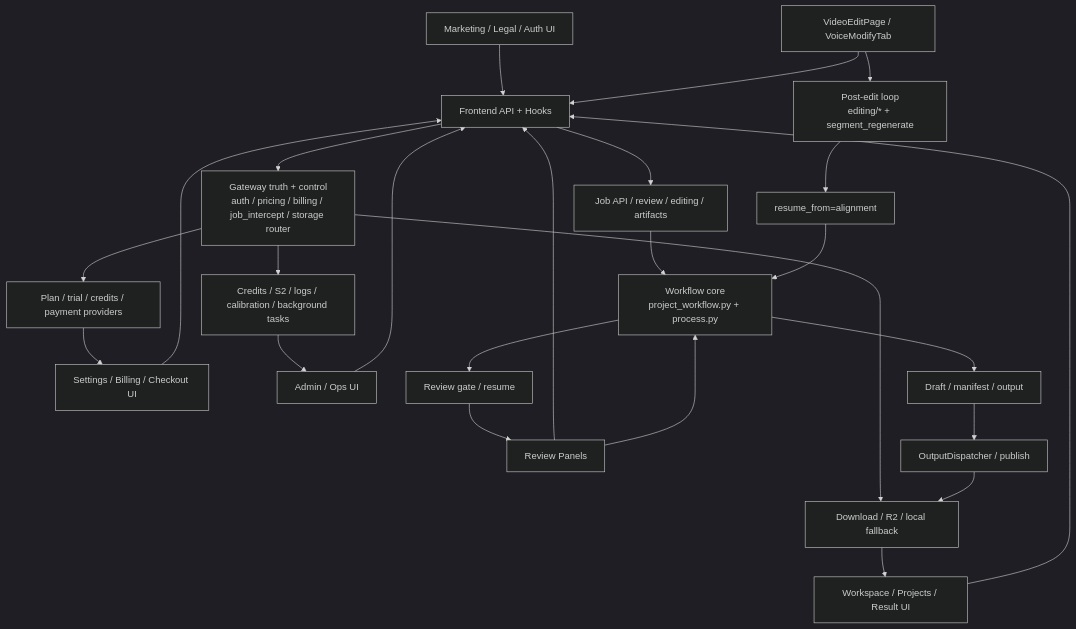
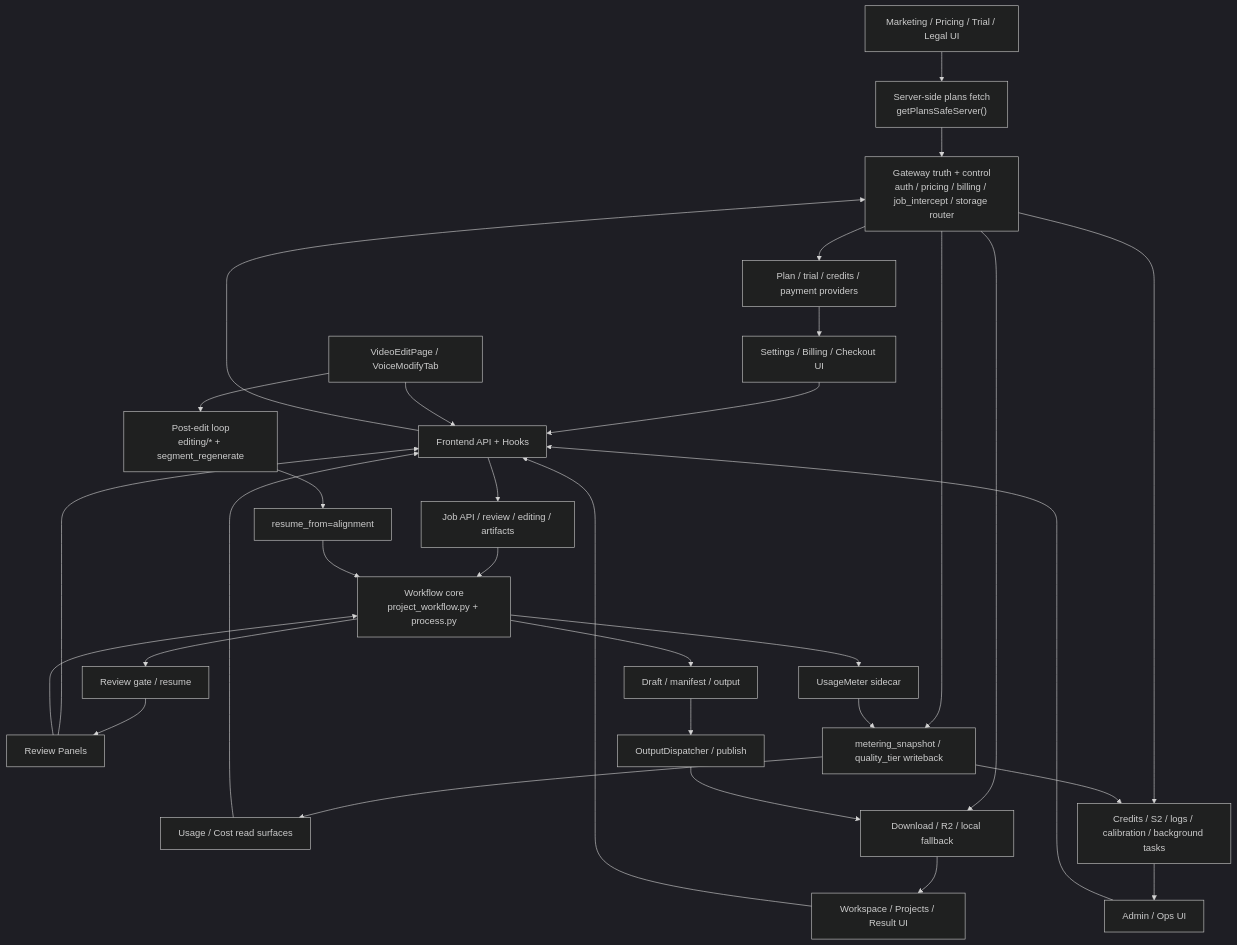
Before and after one commit to sun9bear/AITransVideo: the diagram in docs/graphs/GITNEXUS_PROJECT_GRAPH.md, drawn with Mermaid (dark theme). The commit also changed other lines of this file and 5 other files, not shown here.

Commit message:
docs(graphs): refresh GitNexus graphs

````diff
--- a/docs/graphs/GITNEXUS_PROJECT_GRAPH.md
+++ b/docs/graphs/GITNEXUS_PROJECT_GRAPH.md
@@ -66,33 +67,40 @@
 ```mermaid
 graph TD
-    Marketing["Marketing / Legal / Auth UI"] --> FrontApi
+    Marketing["Marketing / Pricing / Trial / Legal UI"] --> SSRPlans["Server-side plans fetch<br/>getPlansSafeServer()"]
     BillingUI["Settings / Billing / Checkout UI"] --> FrontApi
     Workspace["Workspace / Projects / Result UI"] --> FrontApi
     ReviewUI["Review Panels"] --> FrontApi
     EditUI["VideoEditPage / VoiceModifyTab"] --> FrontApi
     AdminUI["Admin / Ops UI"] --> FrontApi
+    UsageUI["Usage / Cost read surfaces"] --> FrontApi
 
+    SSRPlans --> Gateway
     FrontApi["Frontend API + Hooks"] --> Gateway
     FrontApi --> JobApi
 
     Gateway["Gateway truth + control<br/>auth / pricing / billing / job_intercept / storage router"] --> Billing
     Gateway --> Ops
     Gateway --> Storage
+    Gateway --> Metering["metering_snapshot / quality_tier writeback"]
 
     JobApi["Job API / review / editing / artifacts"] --> Workflow
     Workflow["Workflow core<br/>project_workflow.py + process.py"] --> Draft
     Workflow --> ReviewState["Review gate / resume"]
+    Workflow --> UsageMeter["UsageMeter sidecar"]
     ReviewState --> ReviewUI
     ReviewUI --> Workflow
 
     Draft["Draft / manifest / output"] --> Publish["OutputDispatcher / publish"]
     Publish --> Storage["Download / R2 / local fallback"]
     Storage --> Workspace
 
     EditUI --> PostEdit["Post-edit loop<br/>editing/* + segment_regenerate"]
     PostEdit --> Resume["resume_from=alignment"]
     Resume --> Workflow
 
     Billing["Plan / trial / credits / payment providers"] --> BillingUI
     Ops["Credits / S2 / logs / calibration / background tasks"] --> AdminUI
+    UsageMeter --> Metering
+    Metering --> Ops
+    Metering --> UsageUI
 ```
````
